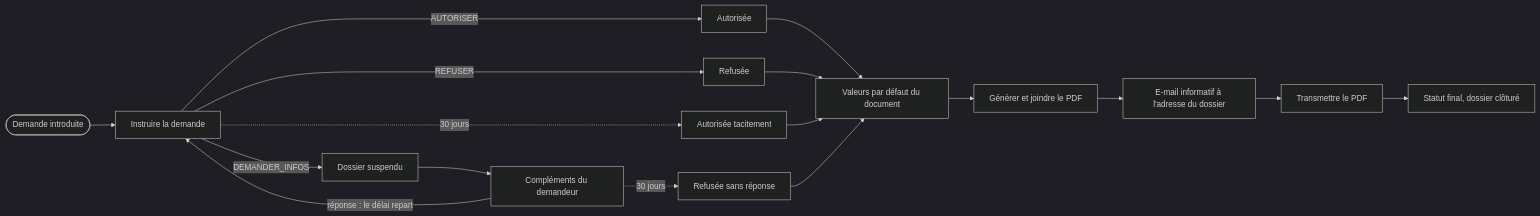
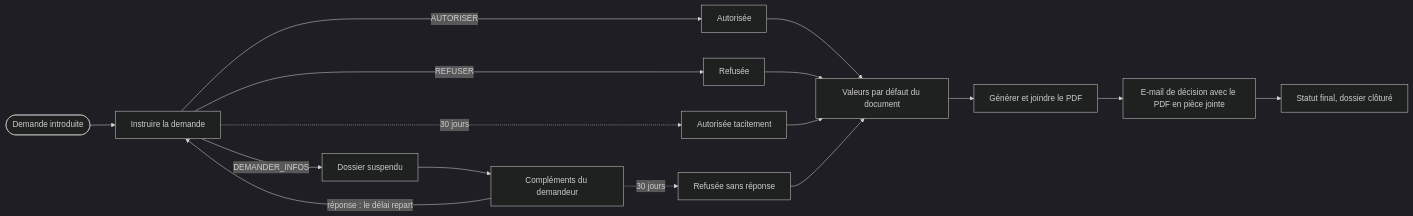
Before and after one commit to superjojo79/Myrmacta: the diagram in exemples/autorisation-riverain/README.md, drawn with Mermaid (dark theme). The commit also changed other lines of this file and 6 other files, not shown here.

First line of the commit message:
docs(exemples): l'e-mail de décision riverain joint le PDF, sans transmission manuelle (issue #183)

````diff
--- a/exemples/autorisation-riverain/README.md
+++ b/exemples/autorisation-riverain/README.md
@@ -30,13 +31,12 @@
 ```mermaid
 flowchart LR
   D([Demande introduite]) --> I[Instruire la demande]
   I -- AUTORISER --> A[Autorisée]
   I -- REFUSER --> R[Refusée]
   I -- DEMANDER_INFOS --> S[Dossier suspendu] --> C[Compléments du demandeur]
   C -- réponse : le délai repart --> I
   I -. 30 jours .-> T[Autorisée tacitement]
   C -. 30 jours .-> RS[Refusée sans réponse]
   A & R & T & RS --> P[Valeurs par défaut du document] --> G[Générer et joindre le PDF]
-  G --> E[E-mail informatif à l'adresse du dossier] --> X[Transmettre le PDF]
-  X --> F[Statut final, dossier clôturé]
+  G --> E[E-mail de décision avec le PDF en pièce jointe] --> F[Statut final, dossier clôturé]
 ```
````
